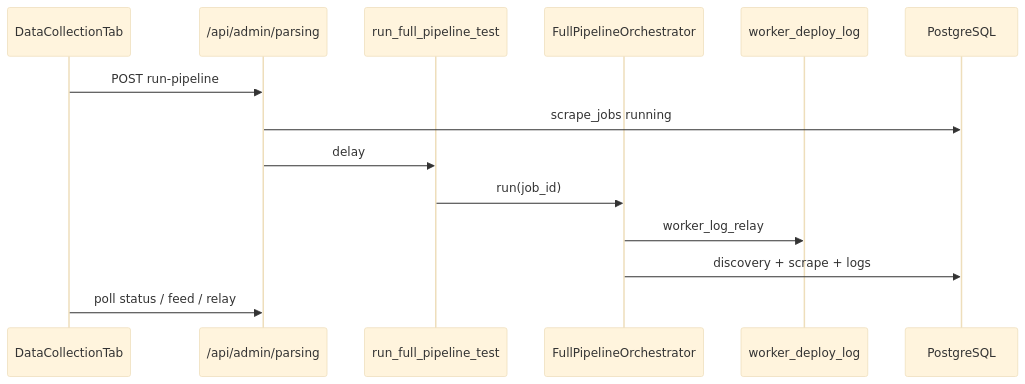
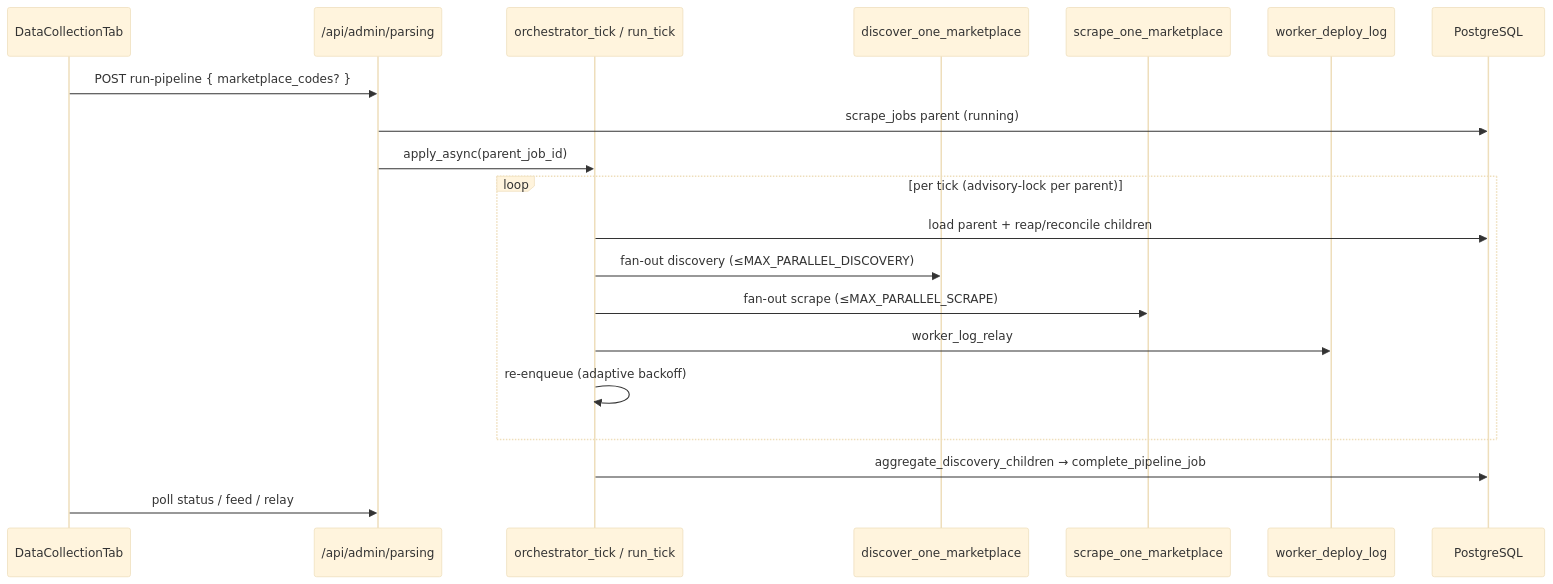
The first of 2 diagrams in Imperecta_Architecture.md (vladgorbachov/imperecta), drawn with Mermaid (base theme) before and after one commit. The commit also changed other lines of this file and 28 other files, not shown here.

````diff
--- a/Imperecta_Architecture.md
+++ b/Imperecta_Architecture.md
@@ -242,17 +248,23 @@
 ```mermaid
 sequenceDiagram
     participant UI as DataCollectionTab
     participant API as /api/admin/parsing
-    participant Celery as run_full_pipeline_test
-    participant Orch as FullPipelineOrchestrator
+    participant Tick as orchestrator_tick / run_tick
+    participant Disc as discover_one_marketplace
+    participant Scrp as scrape_one_marketplace
     participant Redis as worker_deploy_log
     participant DB as PostgreSQL
 
-    UI->>API: POST run-pipeline
-    API->>DB: scrape_jobs running
-    API->>Celery: delay
-    Celery->>Orch: run(job_id)
-    Orch->>Redis: worker_log_relay
-    Orch->>DB: discovery + scrape + logs
+    UI->>API: POST run-pipeline { marketplace_codes? }
+    API->>DB: scrape_jobs parent (running)
+    API->>Tick: apply_async(parent_job_id)
+    loop per tick (advisory-lock per parent)
+        Tick->>DB: load parent + reap/reconcile children
+        Tick->>Disc: fan-out discovery (≤MAX_PARALLEL_DISCOVERY)
+        Tick->>Scrp: fan-out scrape    (≤MAX_PARALLEL_SCRAPE)
+        Tick->>Redis: worker_log_relay
+        Tick->>Tick: re-enqueue (adaptive backoff)
+    end
+    Tick->>DB: aggregate_discovery_children → complete_pipeline_job
     UI->>API: poll status / feed / relay
 ```
````
